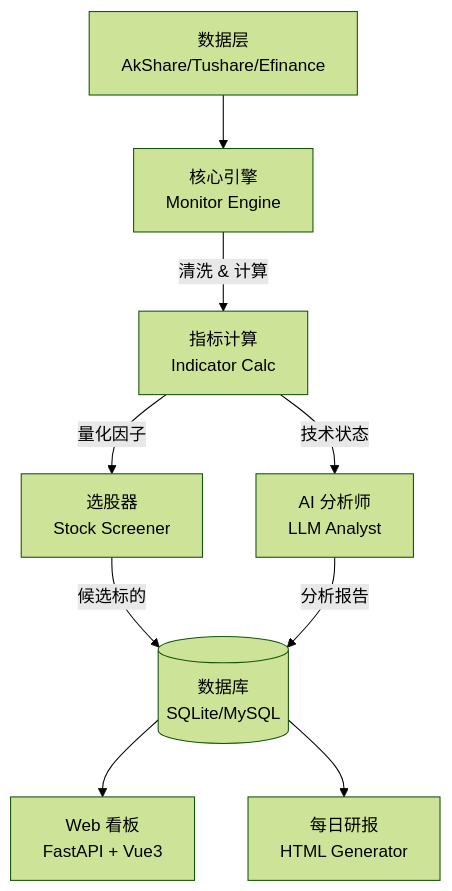
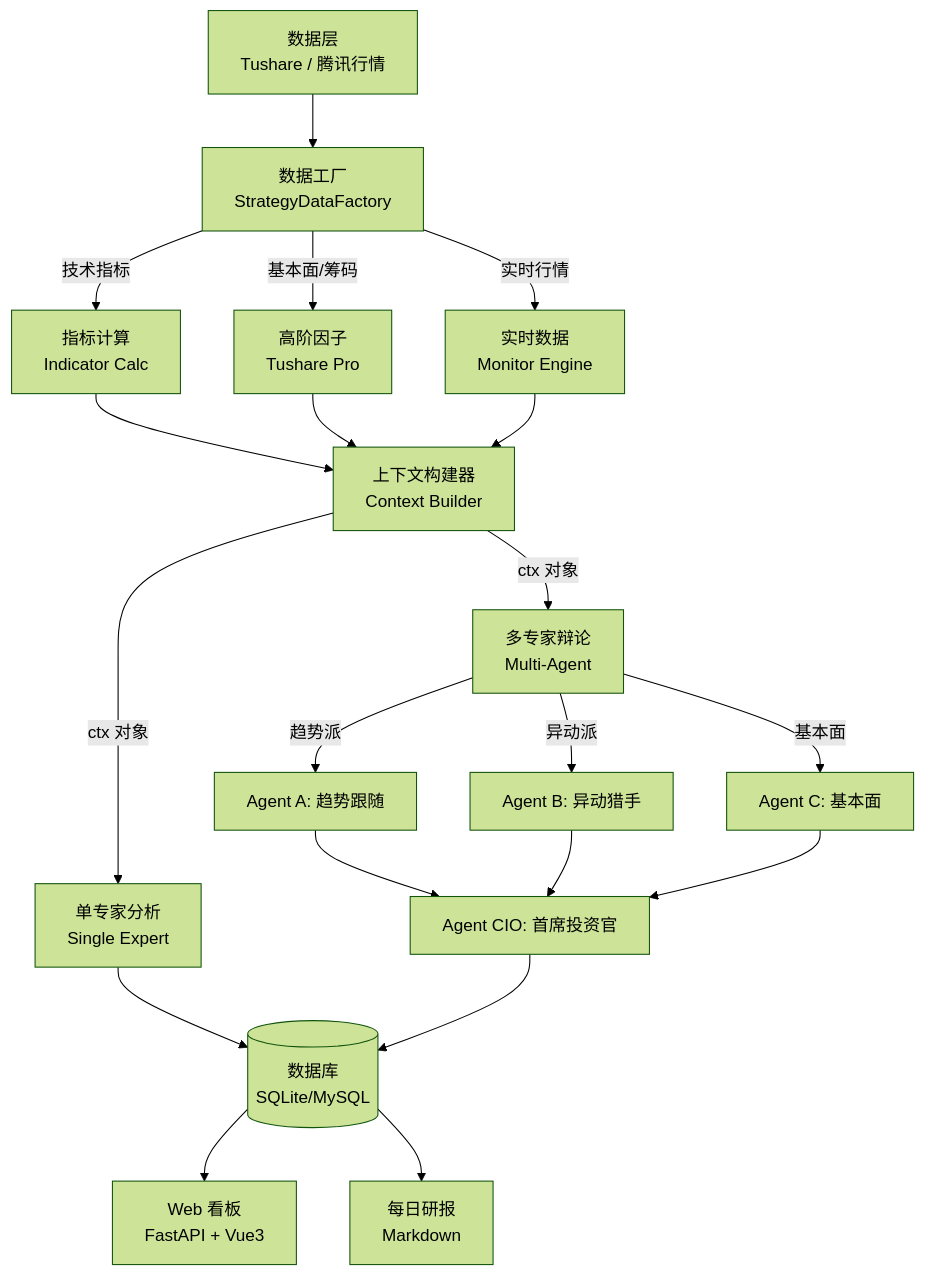
The diagram in README.md (yongqiu/A-Daily-Quant), drawn with Mermaid (forest theme) before and after one commit. The commit also changed other lines of this file and 29 other files, not shown here.

First line of the commit message:
feat: v2.0 统一上下文架构重构 + Multi-Agent 辩论系统

````diff
--- a/README.md
+++ b/README.md
@@ -36,13 +38,27 @@
 ```mermaid
 graph TD
-    Data[数据层<br>AkShare/Tushare/Efinance] --> Engine[核心引擎<br>Monitor Engine]
-    Engine --> |清洗 & 计算| Calculator[指标计算<br>Indicator Calc]
-    Calculator --> |量化因子| Screener[选股器<br>Stock Screener]
-    Calculator --> |技术状态| AI[AI 分析师<br>LLM Analyst]
+    Data[数据层<br>Tushare / 腾讯行情] --> Factory[数据工厂<br>StrategyDataFactory]
+    Factory --> |技术指标| Calculator[指标计算<br>Indicator Calc]
+    Factory --> |基本面/筹码| Extra[高阶因子<br>Tushare Pro]
+    Factory --> |实时行情| RT[实时数据<br>Monitor Engine]
     
-    Screener --> |候选标的| DB[(数据库<br>SQLite/MySQL)]
-    AI --> |分析报告| DB
+    Calculator --> Context[上下文构建器<br>Context Builder]
+    Extra --> Context
+    RT --> Context
+    
+    Context --> |ctx 对象| SingleAI[单专家分析<br>Single Expert]
+    Context --> |ctx 对象| MultiAI[多专家辩论<br>Multi-Agent]
+    
+    MultiAI --> |趋势派| AgentA[Agent A: 趋势跟随]
+    MultiAI --> |异动派| AgentB[Agent B: 异动猎手]
+    MultiAI --> |基本面| AgentC[Agent C: 基本面]
+    AgentA --> CIO[Agent CIO: 首席投资官]
+    AgentB --> CIO
+    AgentC --> CIO
+    
+    SingleAI --> DB[(数据库<br>SQLite/MySQL)]
+    CIO --> DB
     
     DB --> Web[Web 看板<br>FastAPI + Vue3]
-    DB --> Report[每日研报<br>HTML Generator]
+    DB --> Report[每日研报<br>Markdown]
 ```
````
